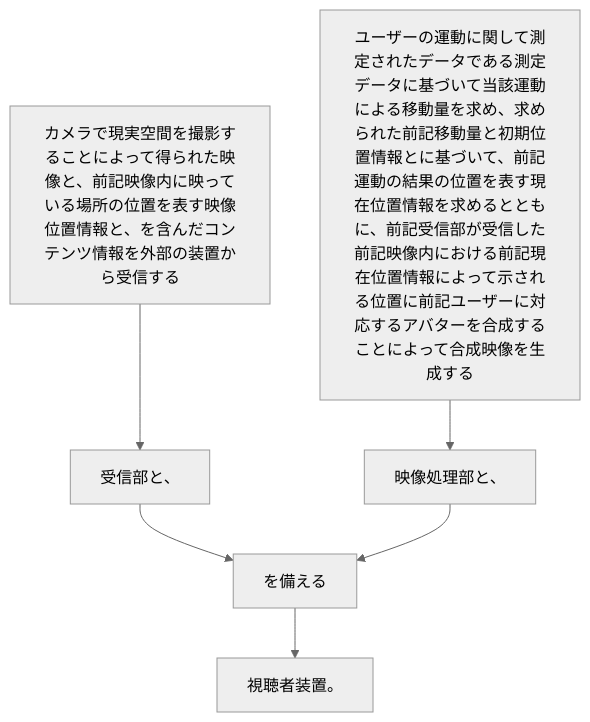
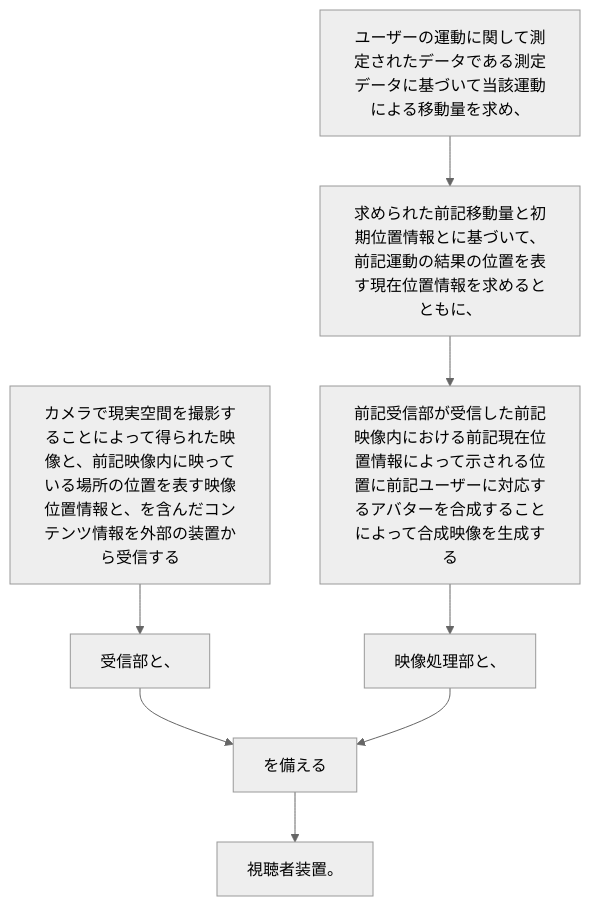
The diagram in 2024/JP2024015616A/claim_1/README.md (shinmori55/patent_analyzed), drawn with Mermaid (neutral theme) before and after one commit. The commit also changed 11 other files, not shown here.

````diff
--- a/2024/JP2024015616A/claim_1/README.md
+++ b/2024/JP2024015616A/claim_1/README.md
@@ -4,14 +4,18 @@
 ```mermaid
 flowchart TD
 A[カメラで現実空間を撮影することによって得られた映像と、前記映像内に映っている場所の位置を表す映像位置情報と、を含んだコンテンツ情報を外部の装置から受信する]
 B[受信部と、]
-C[ユーザーの運動に関して測定されたデータである測定データに基づいて当該運動による移動量を求め、求められた前記移動量と初期位置情報とに基づいて、前記運動の結果の位置を表す現在位置情報を求めるとともに、前記受信部が受信した前記映像内における前記現在位置情報によって示される位置に前記ユーザーに対応するアバターを合成することによって合成映像を生成する]
-D[映像処理部と、]
-E[を備える]
-F[視聴者装置。]
+C[ユーザーの運動に関して測定されたデータである測定データに基づいて当該運動による移動量を求め、]
+D[求められた前記移動量と初期位置情報とに基づいて、前記運動の結果の位置を表す現在位置情報を求めるとともに、]
+E[前記受信部が受信した前記映像内における前記現在位置情報によって示される位置に前記ユーザーに対応するアバターを合成することによって合成映像を生成する]
+F[映像処理部と、]
+G[を備える]
+H[視聴者装置。]
 A --> B
-B --> E
+B --> G
 C --> D
 D --> E
 E --> F
+F --> G
+G --> H
 ```
````
